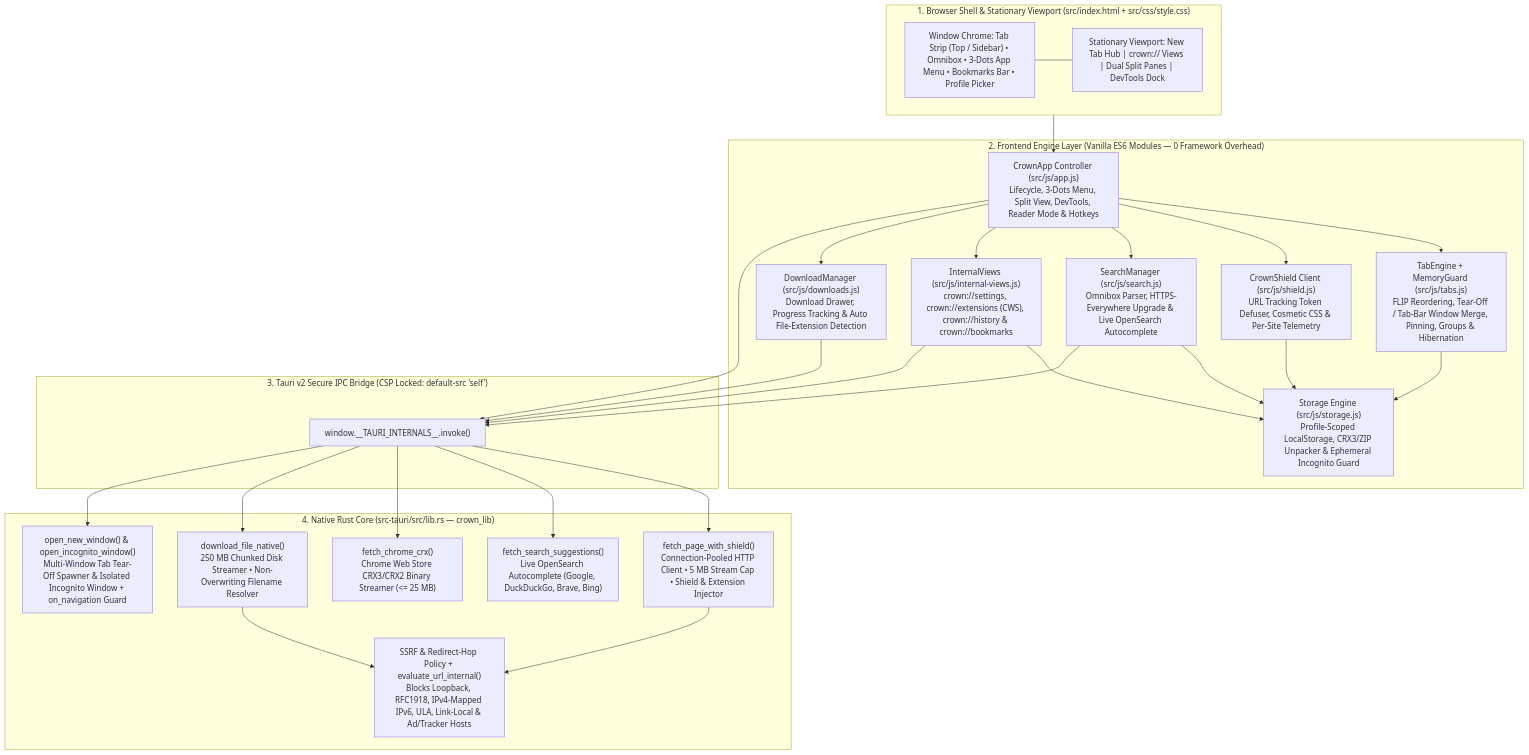
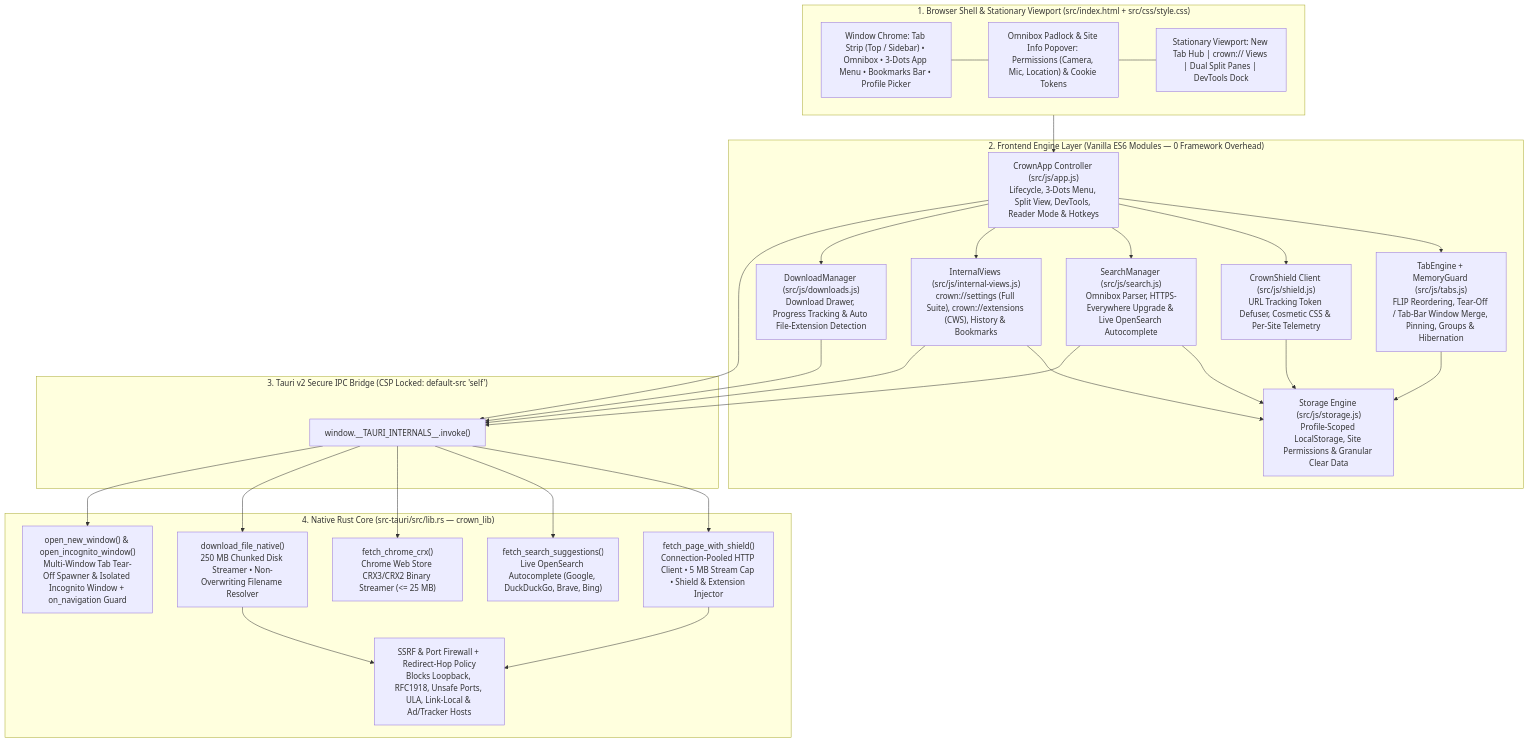
One commit to PI-Prasaad-Krishna/Crown changed the first of 2 diagrams in README.md. Above: the diagram before and after it, drawn with Mermaid. The commit also changed other lines of this file and 7 other files, not shown here.

Commit message:
feat(security): implement token & cookie management, site permissions, padlock popover, and SSRF port firewall

````diff
--- a/README.md
+++ b/README.md
@@ -17,39 +17,40 @@
 ```mermaid
 flowchart TB
   subgraph UI["1. Browser Shell & Stationary Viewport (src/index.html + src/css/style.css)"]
     direction LR
     UI_Chrome["Window Chrome: Tab Strip (Top / Sidebar) • Omnibox • 3-Dots App Menu • Bookmarks Bar • Profile Picker"]
+    UI_Padlock["Omnibox Padlock & Site Info Popover: Permissions (Camera, Mic, Location) & Cookie Tokens"]
     UI_Viewport["Stationary Viewport: New Tab Hub | crown:// Views | Dual Split Panes | DevTools Dock"]
-    UI_Chrome --- UI_Viewport
+    UI_Chrome --- UI_Padlock --- UI_Viewport
   end
 
   subgraph Frontend["2. Frontend Engine Layer (Vanilla ES6 Modules — 0 Framework Overhead)"]
     App["CrownApp Controller (src/js/app.js)<br/>Lifecycle, 3-Dots Menu, Split View, DevTools, Reader Mode & Hotkeys"]
     Tabs["TabEngine + MemoryGuard (src/js/tabs.js)<br/>FLIP Reordering, Tear-Off / Tab-Bar Window Merge, Pinning, Groups & Hibernation"]
     ShieldJS["CrownShield Client (src/js/shield.js)<br/>URL Tracking Token Defuser, Cosmetic CSS & Per-Site Telemetry"]
     Search["SearchManager (src/js/search.js)<br/>Omnibox Parser, HTTPS-Everywhere Upgrade & Live OpenSearch Autocomplete"]
-    Views["InternalViews (src/js/internal-views.js)<br/>crown://settings, crown://extensions (CWS), crown://history & crown://bookmarks"]
+    Views["InternalViews (src/js/internal-views.js)<br/>crown://settings (Full Suite), crown://extensions (CWS), History & Bookmarks"]
     DL["DownloadManager (src/js/downloads.js)<br/>Download Drawer, Progress Tracking & Auto File-Extension Detection"]
-    Store["Storage Engine (src/js/storage.js)<br/>Profile-Scoped LocalStorage, CRX3/ZIP Unpacker & Ephemeral Incognito Guard"]
+    Store["Storage Engine (src/js/storage.js)<br/>Profile-Scoped LocalStorage, Site Permissions & Granular Clear Data"]
   end
 
   subgraph IPC["3. Tauri v2 Secure IPC Bridge (CSP Locked: default-src 'self')"]
     Invoke["window.__TAURI_INTERNALS__.invoke()"]
   end
 
   subgraph RustCore["4. Native Rust Core (src-tauri/src/lib.rs — crown_lib)"]
     ShieldProxy["fetch_page_with_shield()<br/>Connection-Pooled HTTP Client • 5 MB Stream Cap • Shield & Extension Injector"]
-    SSRFGuard["SSRF & Redirect-Hop Policy + evaluate_url_internal()<br/>Blocks Loopback, RFC1918, IPv4-Mapped IPv6, ULA, Link-Local & Ad/Tracker Hosts"]
+    SSRFGuard["SSRF & Port Firewall + Redirect-Hop Policy<br/>Blocks Loopback, RFC1918, Unsafe Ports, ULA, Link-Local & Ad/Tracker Hosts"]
     SuggestAPI["fetch_search_suggestions()<br/>Live OpenSearch Autocomplete (Google, DuckDuckGo, Brave, Bing)"]
     CwsCrx["fetch_chrome_crx()<br/>Chrome Web Store CRX3/CRX2 Binary Streamer (<= 25 MB)"]
     NativeDL["download_file_native()<br/>250 MB Chunked Disk Streamer • Non-Overwriting Filename Resolver"]
     WinSpawn["open_new_window() & open_incognito_window()<br/>Multi-Window Tab Tear-Off Spawner & Isolated Incognito Window + on_navigation Guard"]
   end
 
   UI_Viewport --> App
   App --> Tabs & ShieldJS & Search & Views & DL
   Tabs & ShieldJS & Search & Views --> Store
   App & Search & Views & DL --> Invoke
   Invoke --> ShieldProxy & SuggestAPI & CwsCrx & NativeDL & WinSpawn
   ShieldProxy & NativeDL --> SSRFGuard
 ```
````
